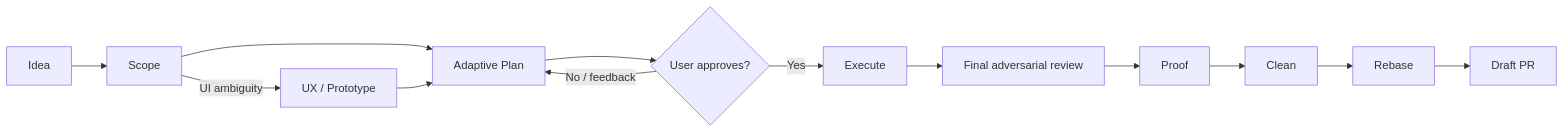
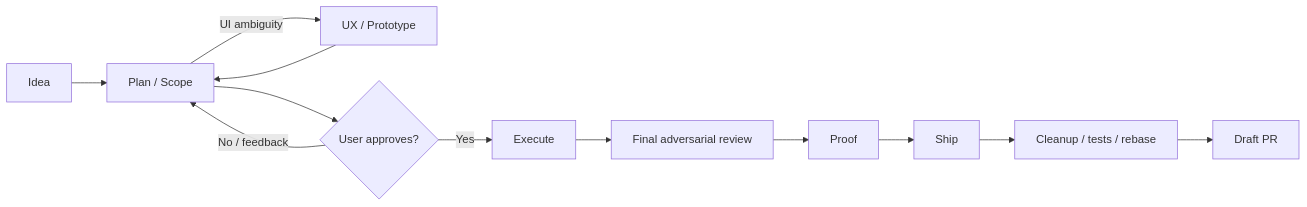
The second of 4 diagrams in Architecture.md (joenandez/spectre), drawn with Mermaid before and after one commit. The commit also changed other lines of this file and 32 other files, not shown here.

````diff
--- a/Architecture.md
+++ b/Architecture.md
@@ -187,15 +187,14 @@
 ```mermaid
 flowchart LR
-    I[Idea] --> S[Scope]
-    S -->|UI ambiguity| U[UX / Prototype]
-    S --> P[Adaptive Plan]
+    I[Idea] --> P[Plan / Scope]
+    P -->|UI ambiguity| U[UX / Prototype]
     U --> P
     P --> A{User approves?}
     A -->|No / feedback| P
     A -->|Yes| E[Execute]
     E --> R[Final adversarial review]
     R --> V[Proof]
-    V --> C[Clean]
-    C --> B[Rebase]
+    V --> C[Ship]
+    C --> B[Cleanup / tests / rebase]
     B --> PR[Draft PR]
 ```
````
